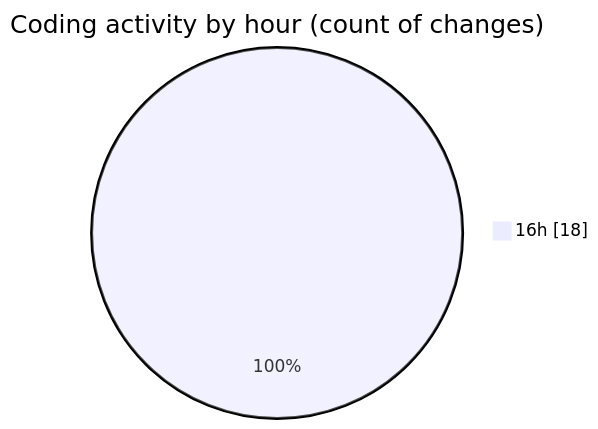
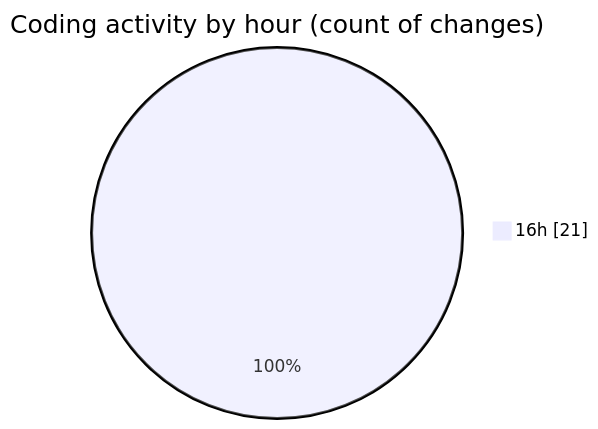
The second of 2 diagrams in 2025-01-15/trackers_app/README.md (donsfak/code-tracking), drawn with Mermaid before and after one commit. The commit also changed other lines of this file and 1 other file, not shown here.

````diff
--- a/2025-01-15/trackers_app/README.md
+++ b/2025-01-15/trackers_app/README.md
@@ -31,5 +31,5 @@
 ```mermaid
 pie showData
 title Coding activity by hour (count of changes)
-"16h" : 18
+"16h" : 21
 ```
````
